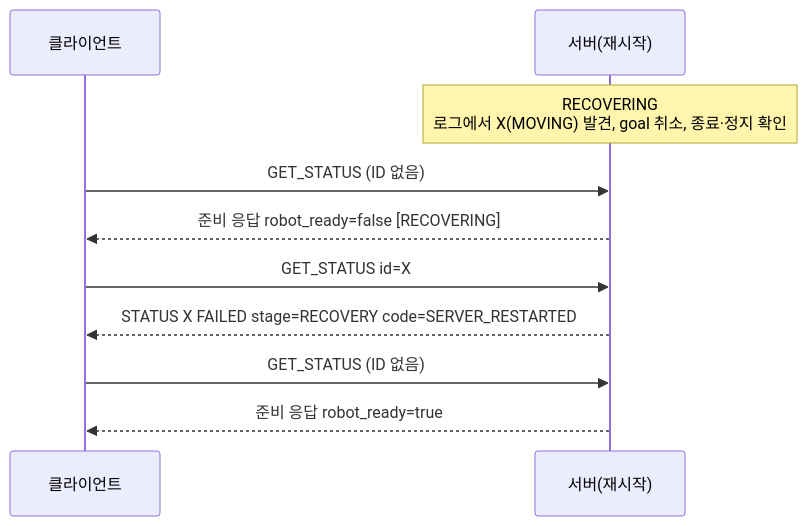
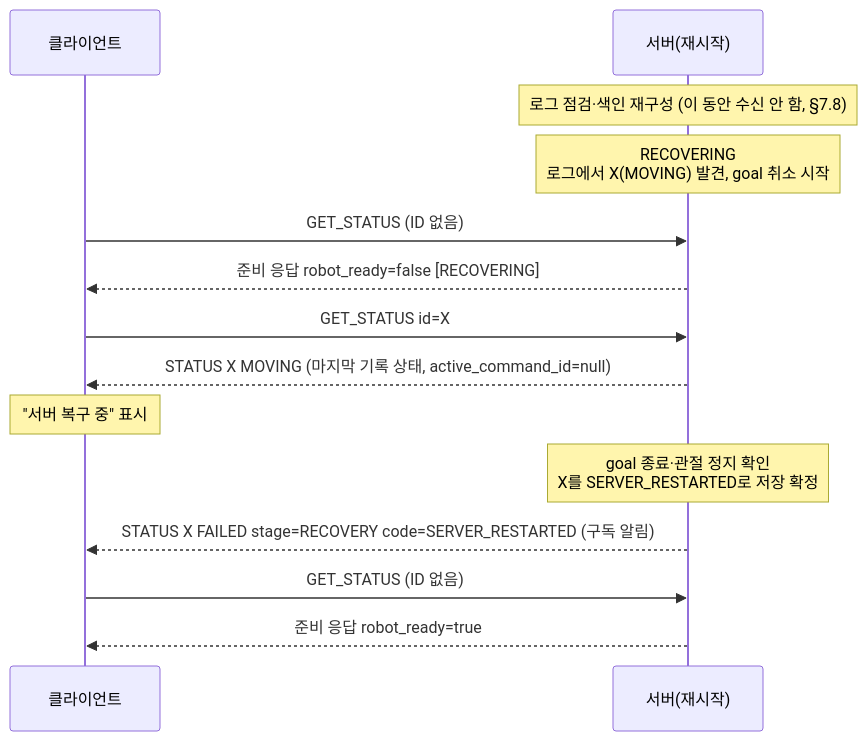
One commit to didgustmd23/EyetoArm changed the sixth of 6 diagrams in docs/protocol/TCP_프로토콜_명세서.md. Above: the diagram before and after it, drawn with Mermaid. The commit also changed other lines of this file and 4 other files, not shown here.

````diff
--- a/docs/protocol/TCP_프로토콜_명세서.md
+++ b/docs/protocol/TCP_프로토콜_명세서.md
@@ -632,12 +715,16 @@
 ```mermaid
 sequenceDiagram
     participant G as 클라이언트
     participant S as 서버(재시작)
-    Note over S: RECOVERING<br/>로그에서 X(MOVING) 발견, goal 취소, 종료·정지 확인
+    Note over S: 로그 점검·색인 재구성 (이 동안 수신 안 함, §7.8)
+    Note over S: RECOVERING<br/>로그에서 X(MOVING) 발견, goal 취소 시작
     G->>S: GET_STATUS (ID 없음)
     S-->>G: 준비 응답 robot_ready=false [RECOVERING]
     G->>S: GET_STATUS id=X
-    S-->>G: STATUS X FAILED stage=RECOVERY code=SERVER_RESTARTED
+    S-->>G: STATUS X MOVING (마지막 기록 상태, active_command_id=null)
+    Note over G: "서버 복구 중" 표시
+    Note over S: goal 종료·관절 정지 확인<br/>X를 SERVER_RESTARTED로 저장 확정
+    S-->>G: STATUS X FAILED stage=RECOVERY code=SERVER_RESTARTED (구독 알림)
     G->>S: GET_STATUS (ID 없음)
     S-->>G: 준비 응답 robot_ready=true
 ```
````
